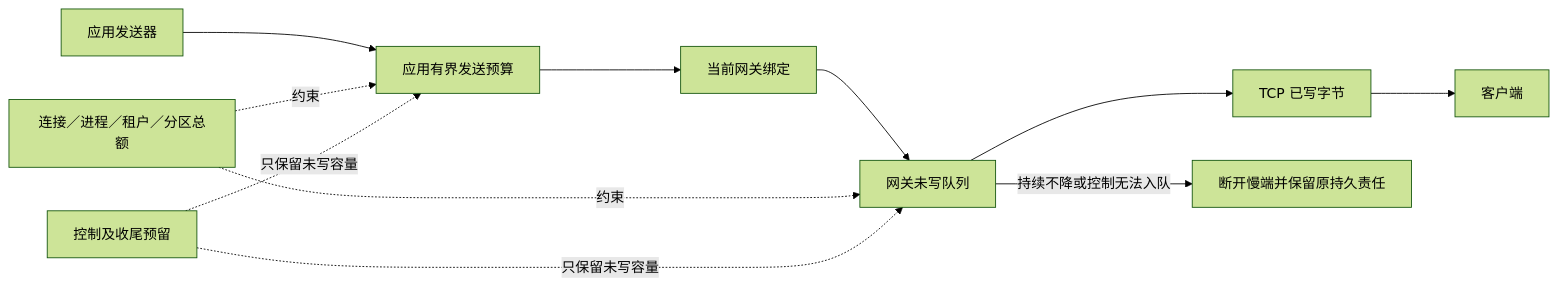
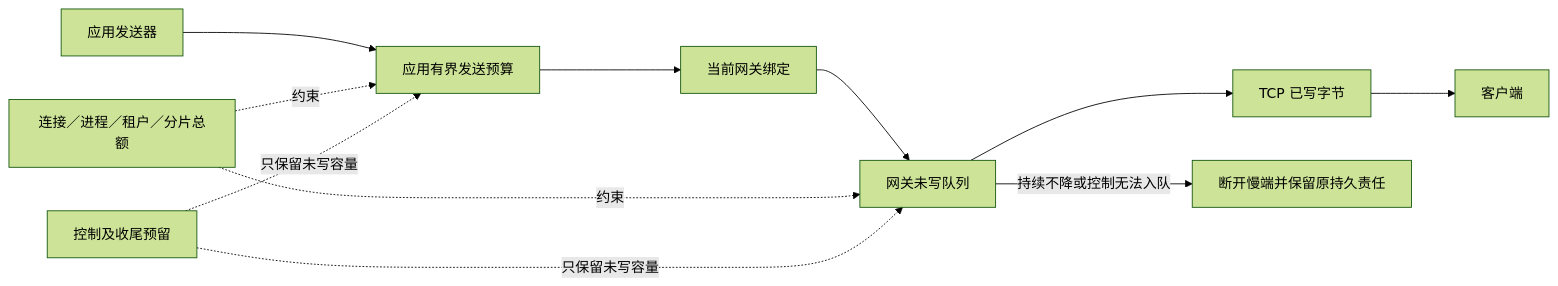
The fifth of 9 diagrams in docs/architecture/deployment-production.md (ruipengliu/lerna), drawn with Mermaid (forest theme) before and after one commit. The commit also changed other lines of this file and 205 other files, not shown here.

Commit message:
docs: unify architecture terminology

````diff
--- a/docs/architecture/deployment-production.md
+++ b/docs/architecture/deployment-production.md
@@ -173,13 +173,13 @@
 ```mermaid
 flowchart LR
     A[应用发送器] --> AQ[应用有界发送预算]
     AQ --> G[当前网关绑定]
     G --> GQ[网关未写队列]
     GQ --> T[TCP 已写字节]
     T --> C[客户端]
-    B[连接／进程／租户／分区总额] -.约束.-> AQ
+    B[连接／进程／租户／分片总额] -.约束.-> AQ
     B -.约束.-> GQ
     R[控制及收尾预留] -.只保留未写容量.-> AQ
     R -.只保留未写容量.-> GQ
     GQ -->|持续不降或控制无法入队| X[断开慢端并保留原持久责任]
 ```
````
